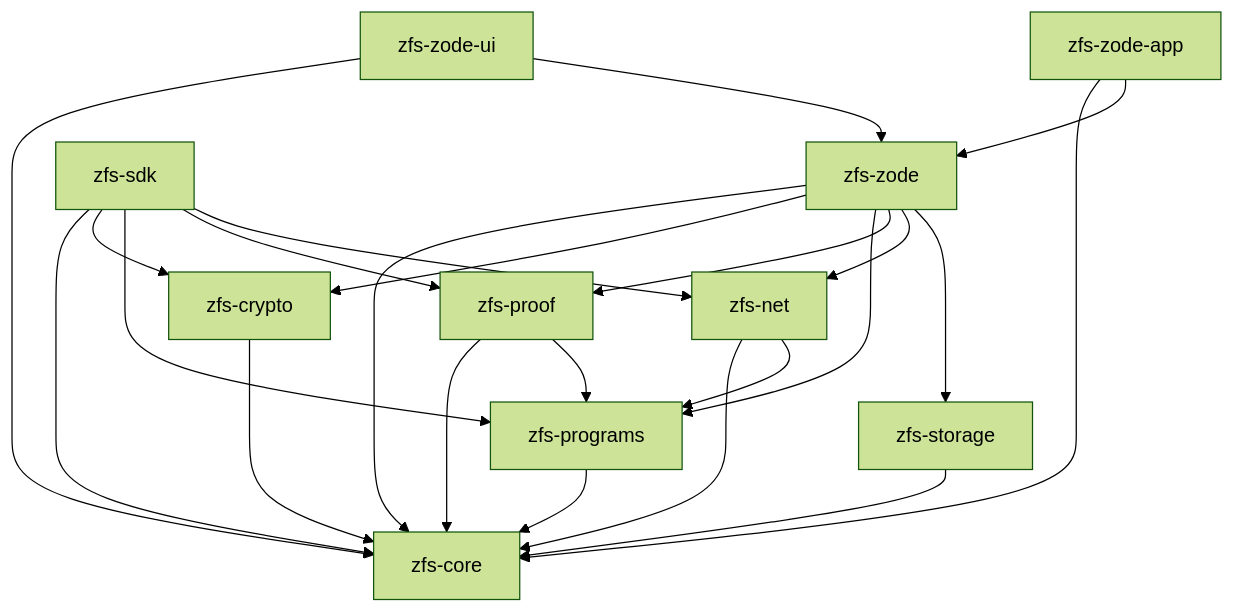
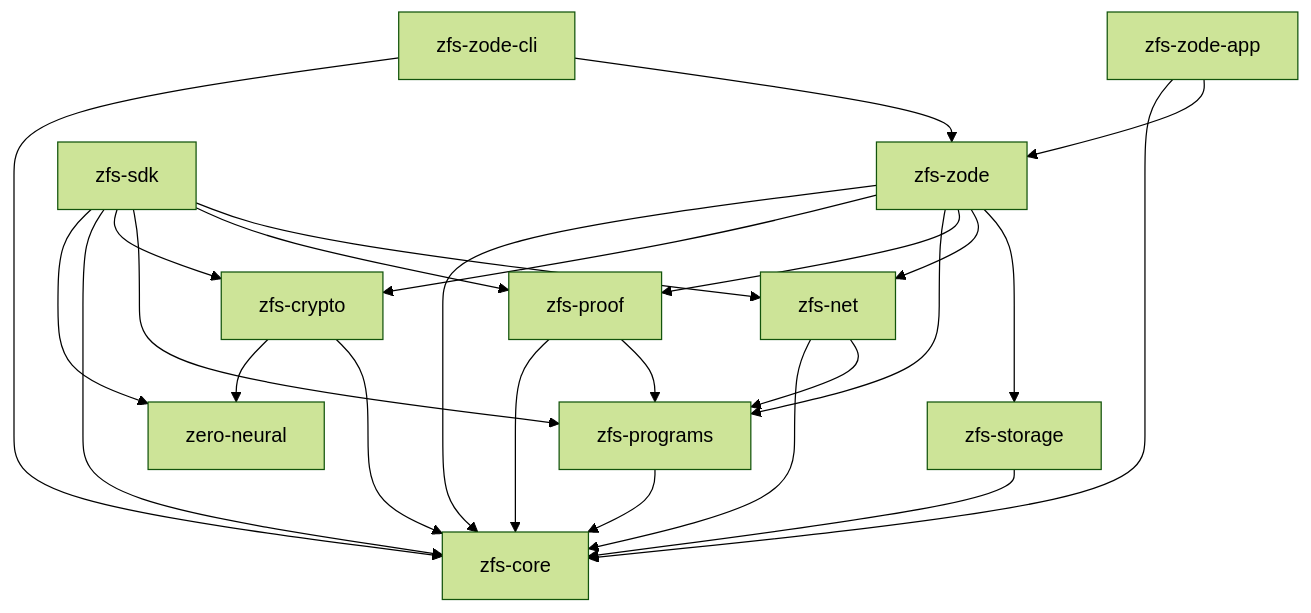
Before and after one commit to mightypex2-ux/the-grid: the diagram in docs/spec/v0.1.0/01-architecture.md, drawn with Mermaid (forest theme). The commit also changed other lines of this file and 93 other files, not shown here.

````diff
--- a/docs/spec/v0.1.0/01-architecture.md
+++ b/docs/spec/v0.1.0/01-architecture.md
@@ -33,36 +34,39 @@
 ```mermaid
 flowchart TB
+    zn[zero-neural]
     core[zfs-core]
     crypto[zfs-crypto]
     storage[zfs-storage]
     programs[zfs-programs]
     proof[zfs-proof]
     net[zfs-net]
     zode[zfs-zode]
-    zodeUi[zfs-zode-ui]
+    zodeCli[zfs-zode-cli]
     zodeApp[zfs-zode-app]
     sdk[zfs-sdk]
 
+    crypto --> zn
     crypto --> core
     storage --> core
     programs --> core
     proof --> core
     proof --> programs
     net --> core
     net --> programs
     zode --> core
     zode --> crypto
     zode --> programs
     zode --> proof
     zode --> net
     zode --> storage
-    zodeUi --> core
-    zodeUi --> zode
+    zodeCli --> core
+    zodeCli --> zode
     zodeApp --> core
     zodeApp --> zode
+    sdk --> zn
     sdk --> core
     sdk --> crypto
     sdk --> programs
     sdk --> proof
     sdk --> net
 ```
````
